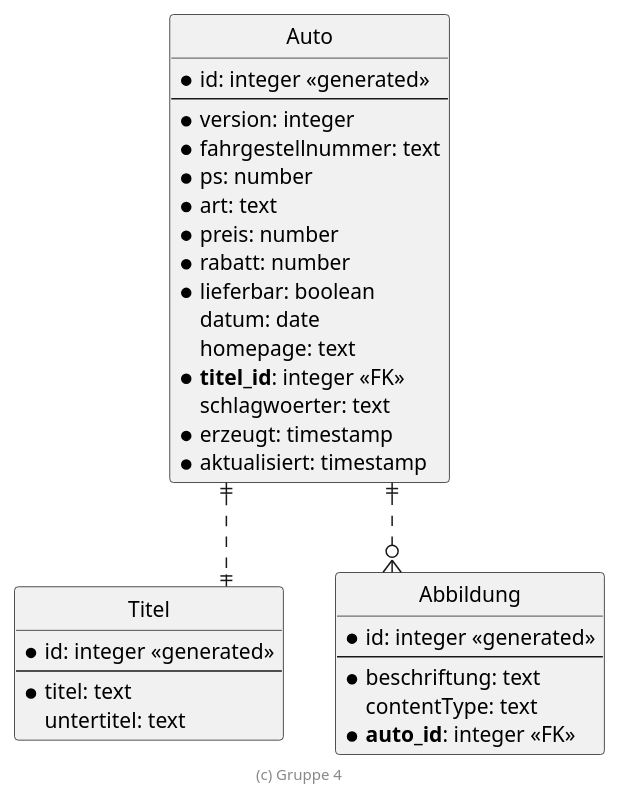
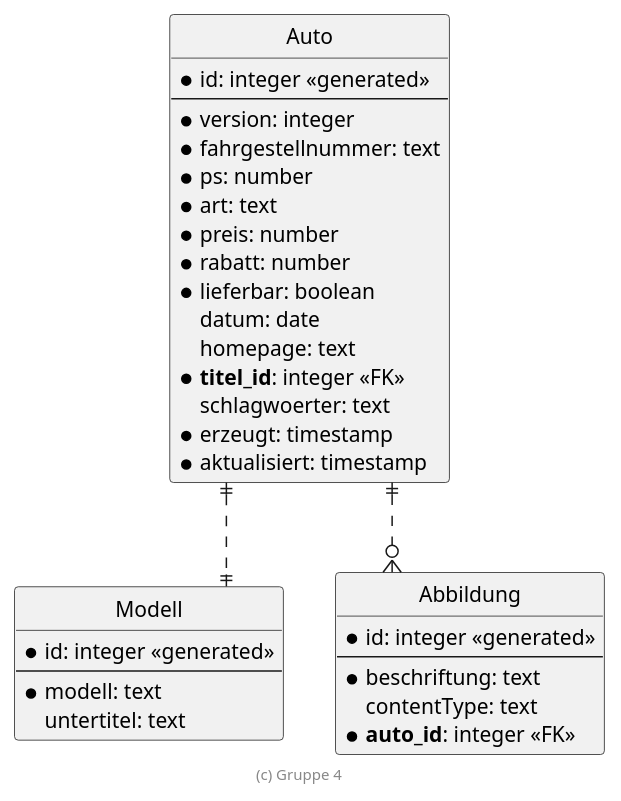
Before and after one commit to dominikwipfler/swe: the diagram in .extras/doc/projekthandbuch/ER-Diagramm.plantuml, drawn with PlantUML. The commit also changed 18 other files, not shown here.

```diff
--- a/.extras/doc/projekthandbuch/ER-Diagramm.plantuml
+++ b/.extras/doc/projekthandbuch/ER-Diagramm.plantuml
@@ -18,47 +18,47 @@
 @startuml ER Diagramm
 
 ' hide the spot
 hide circle
 
 ' evtl. Prbleme mit Kraehenfuessen vermeiden
 skinparam linetype ortho
 
 entity "Auto" {
   * id: integer <<generated>>
   --
   * version: integer
   * fahrgestellnummer: text
   * ps: number
   * art: text
   * preis: number
   * rabatt: number
   * lieferbar: boolean
     datum: date
     homepage: text
   * **titel_id**: integer <<FK>>
     schlagwoerter: text
   * erzeugt: timestamp
   * aktualisiert: timestamp
 }
 
-entity "Titel" {
+entity "Modell" {
   * id: integer <<generated>>
   --
-  * titel: text
+  * modell: text
     untertitel: text
 }
 
 entity "Abbildung" {
   * id: integer <<generated>>
   --
   * beschriftung: text
     contentType: text
   * **auto_id**: integer <<FK>>
 }
 
-Auto ||..|| Titel
+Auto ||..|| Modell
 Auto ||..o{ Abbildung
 
 footer (c) Gruppe 4
 
 @enduml
```
